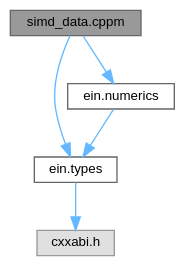
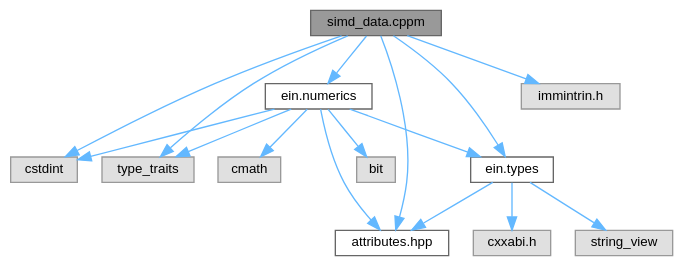
One commit to ekmett/ein changed the diagram in simd__data_8cppm__incl.dot. Above: the diagram before and after it, drawn with Graphviz. The commit also changed 38 other files, not shown here.

```diff
--- a/simd__data_8cppm__incl.dot
+++ b/simd__data_8cppm__incl.dot
@@ -1,16 +1,34 @@
 digraph "simd_data.cppm"
 {
  // INTERACTIVE_SVG=YES
  // LATEX_PDF_SIZE
   bgcolor="transparent";
   edge [fontname=Helvetica,fontsize=10,labelfontname=Helvetica,labelfontsize=10];
   node [fontname=Helvetica,fontsize=10,shape=box,height=0.2,width=0.4];
   Node1 [id="Node000001",label="simd_data.cppm",height=0.2,width=0.4,color="gray40", fillcolor="grey60", style="filled", fontcolor="black",tooltip=" "];
   Node1 -> Node2 [id="edge1_Node000001_Node000002",color="steelblue1",style="solid",tooltip=" "];
-  Node2 [id="Node000002",label="ein.types",height=0.2,width=0.4,color="grey40", fillcolor="white", style="filled",URL="$types_8cppm.html",tooltip=" "];
-  Node2 -> Node3 [id="edge2_Node000002_Node000003",color="steelblue1",style="solid",tooltip=" "];
-  Node3 [id="Node000003",label="cxxabi.h",height=0.2,width=0.4,color="grey60", fillcolor="#E0E0E0", style="filled",tooltip=" "];
+  Node2 [id="Node000002",label="cstdint",height=0.2,width=0.4,color="grey60", fillcolor="#E0E0E0", style="filled",tooltip=" "];
+  Node1 -> Node3 [id="edge2_Node000001_Node000003",color="steelblue1",style="solid",tooltip=" "];
+  Node3 [id="Node000003",label="type_traits",height=0.2,width=0.4,color="grey60", fillcolor="#E0E0E0", style="filled",tooltip=" "];
   Node1 -> Node4 [id="edge3_Node000001_Node000004",color="steelblue1",style="solid",tooltip=" "];
-  Node4 [id="Node000004",label="ein.numerics",height=0.2,width=0.4,color="grey40", fillcolor="white", style="filled",URL="$numerics_8cppm.html",tooltip=" "];
-  Node4 -> Node2 [id="edge4_Node000004_Node000002",color="steelblue1",style="solid",tooltip=" "];
+  Node4 [id="Node000004",label="immintrin.h",height=0.2,width=0.4,color="grey60", fillcolor="#E0E0E0", style="filled",tooltip=" "];
+  Node1 -> Node5 [id="edge4_Node000001_Node000005",color="steelblue1",style="solid",tooltip=" "];
+  Node5 [id="Node000005",label="attributes.hpp",height=0.2,width=0.4,color="grey40", fillcolor="white", style="filled",URL="$attributes_8hpp.html",tooltip="an opinionated subset of clang/gcc attributes"];
+  Node1 -> Node6 [id="edge5_Node000001_Node000006",color="steelblue1",style="solid",tooltip=" "];
+  Node6 [id="Node000006",label="ein.types",height=0.2,width=0.4,color="grey40", fillcolor="white", style="filled",URL="$types_8cppm.html",tooltip=" "];
+  Node6 -> Node7 [id="edge6_Node000006_Node000007",color="steelblue1",style="solid",tooltip=" "];
+  Node7 [id="Node000007",label="string_view",height=0.2,width=0.4,color="grey60", fillcolor="#E0E0E0", style="filled",tooltip=" "];
+  Node6 -> Node5 [id="edge7_Node000006_Node000005",color="steelblue1",style="solid",tooltip=" "];
+  Node6 -> Node8 [id="edge8_Node000006_Node000008",color="steelblue1",style="solid",tooltip=" "];
+  Node8 [id="Node000008",label="cxxabi.h",height=0.2,width=0.4,color="grey60", fillcolor="#E0E0E0", style="filled",tooltip=" "];
+  Node1 -> Node9 [id="edge9_Node000001_Node000009",color="steelblue1",style="solid",tooltip=" "];
+  Node9 [id="Node000009",label="ein.numerics",height=0.2,width=0.4,color="grey40", fillcolor="white", style="filled",URL="$numerics_8cppm.html",tooltip=" "];
+  Node9 -> Node10 [id="edge10_Node000009_Node000010",color="steelblue1",style="solid",tooltip=" "];
+  Node10 [id="Node000010",label="bit",height=0.2,width=0.4,color="grey60", fillcolor="#E0E0E0", style="filled",tooltip=" "];
+  Node9 -> Node11 [id="edge11_Node000009_Node000011",color="steelblue1",style="solid",tooltip=" "];
+  Node11 [id="Node000011",label="cmath",height=0.2,width=0.4,color="grey60", fillcolor="#E0E0E0", style="filled",tooltip=" "];
+  Node9 -> Node2 [id="edge12_Node000009_Node000002",color="steelblue1",style="solid",tooltip=" "];
+  Node9 -> Node3 [id="edge13_Node000009_Node000003",color="steelblue1",style="solid",tooltip=" "];
+  Node9 -> Node5 [id="edge14_Node000009_Node000005",color="steelblue1",style="solid",tooltip=" "];
+  Node9 -> Node6 [id="edge15_Node000009_Node000006",color="steelblue1",style="solid",tooltip=" "];
 }
```
